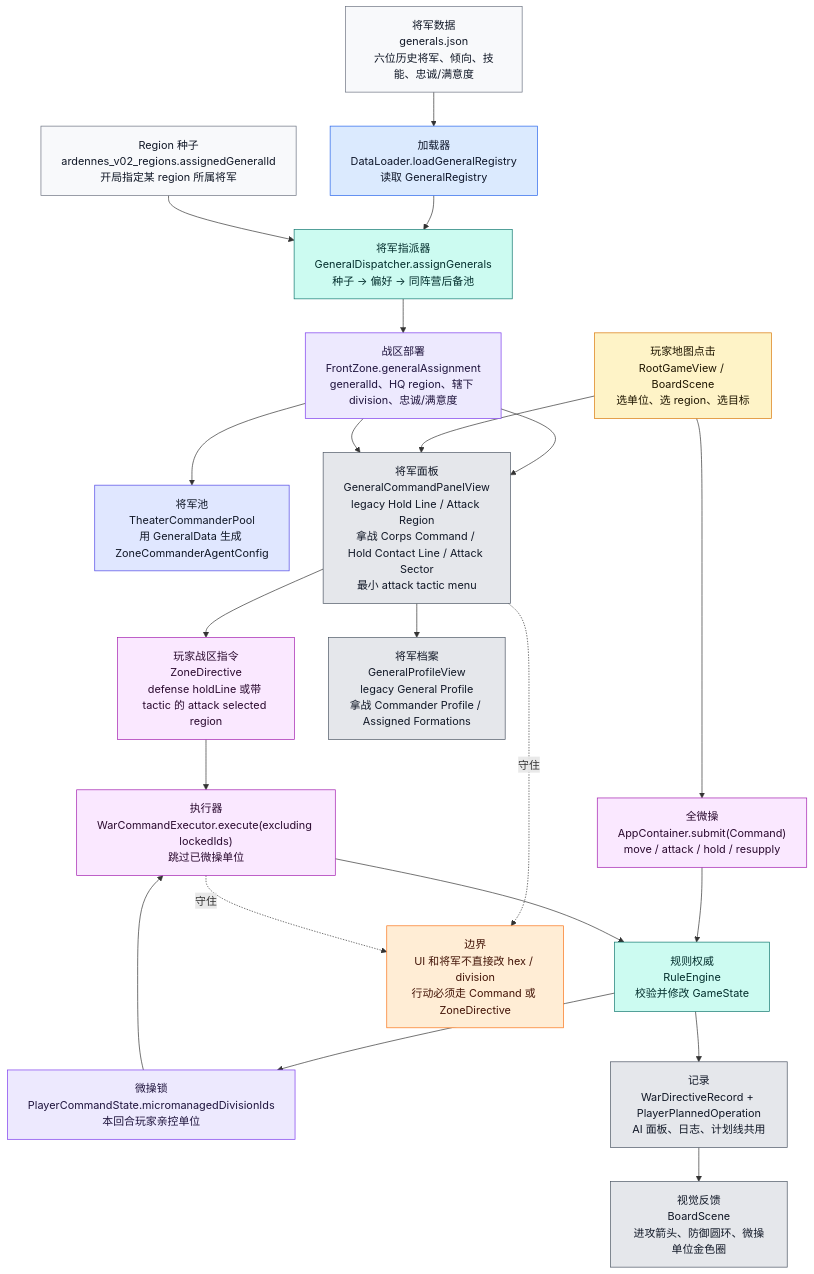
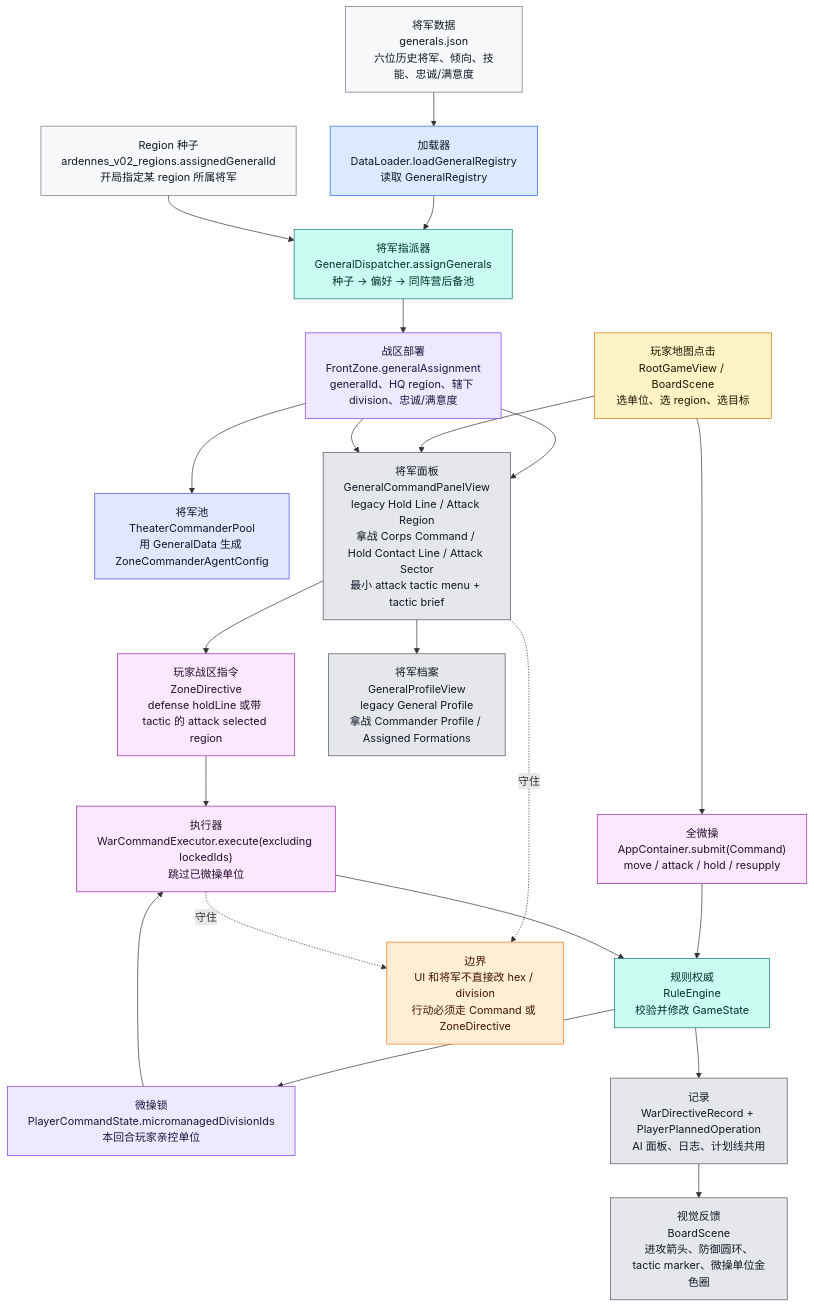
The ninth of 9 diagrams in md/flow/flowchart.md (Altman-sam114/122), drawn with Mermaid before and after one commit. The commit also changed 7 other files, not shown here.

````diff
--- a/md/flow/flowchart.md
+++ b/md/flow/flowchart.md
@@ -469,42 +469,42 @@
 ```mermaid
 flowchart TD
     GJSON["将军数据<br/>generals.json<br/>六位历史将军、倾向、技能、忠诚/满意度"]:::data
     RJSON["Region 种子<br/>ardennes_v02_regions.assignedGeneralId<br/>开局指定某 region 所属将军"]:::data
     DL["加载器<br/>DataLoader.loadGeneralRegistry<br/>读取 GeneralRegistry"]:::loader
     DISP["将军指派器<br/>GeneralDispatcher.assignGenerals<br/>种子 -> 偏好 -> 同阵营后备池"]:::rules
     FZ["战区部署<br/>FrontZone.generalAssignment<br/>generalId、HQ region、辖下 division、忠诚/满意度"]:::state
     POOL["将军池<br/>TheaterCommanderPool<br/>用 GeneralData 生成 ZoneCommanderAgentConfig"]:::ai
 
     TAP["玩家地图点击<br/>RootGameView / BoardScene<br/>选单位、选 region、选目标"]:::input
     MICRO["全微操<br/>AppContainer.submit(Command)<br/>move / attack / hold / resupply"]:::command
     LOCK["微操锁<br/>PlayerCommandState.micromanagedDivisionIds<br/>本回合玩家亲控单位"]:::state
-    GENUI["将军面板<br/>GeneralCommandPanelView<br/>legacy Hold Line / Attack Region<br/>拿战 Corps Command / Hold Contact Line / Attack Sector<br/>最小 attack tactic menu"]:::ui
+    GENUI["将军面板<br/>GeneralCommandPanelView<br/>legacy Hold Line / Attack Region<br/>拿战 Corps Command / Hold Contact Line / Attack Sector<br/>最小 attack tactic menu + tactic brief"]:::ui
     ZD["玩家战区指令<br/>ZoneDirective<br/>defense holdLine 或带 tactic 的 attack selected region"]:::command
     WCE["执行器<br/>WarCommandExecutor.execute(excluding lockedIds)<br/>跳过已微操单位"]:::command
     RE["规则权威<br/>RuleEngine<br/>校验并修改 GameState"]:::rules
     RECORD["记录<br/>WarDirectiveRecord + PlayerPlannedOperation<br/>AI 面板、日志、计划线共用"]:::ui
-    BOARD["视觉反馈<br/>BoardScene<br/>进攻箭头、防御圆环、微操单位金色圈"]:::ui
+    BOARD["视觉反馈<br/>BoardScene<br/>进攻箭头、防御圆环、tactic marker、微操单位金色圈"]:::ui
     PROFILE["将军档案<br/>GeneralProfileView<br/>legacy General Profile<br/>拿战 Commander Profile / Assigned Formations"]:::ui
 
     GJSON --> DL --> DISP
     RJSON --> DISP --> FZ --> POOL
     FZ --> GENUI --> PROFILE
     TAP --> MICRO --> RE --> LOCK
     LOCK --> WCE
     TAP --> GENUI --> ZD --> WCE --> RE --> RECORD --> BOARD
     FZ --> GENUI
 
     WARN["边界<br/>UI 和将军不直接改 hex / division<br/>行动必须走 Command 或 ZoneDirective"]:::warn
     GENUI -.守住.-> WARN
     WCE -.守住.-> WARN
 
     classDef data fill:#f8f9fb,stroke:#6b7280,color:#111827
     classDef loader fill:#dbeafe,stroke:#2563eb,color:#0f172a
     classDef state fill:#ede9fe,stroke:#7c3aed,color:#1f143d
     classDef ai fill:#e0e7ff,stroke:#4f46e5,color:#111827
     classDef input fill:#fef3c7,stroke:#d97706,color:#1f1600
     classDef command fill:#fae8ff,stroke:#a21caf,color:#2a0a2f
     classDef rules fill:#ccfbf1,stroke:#0f766e,color:#042f2e
     classDef ui fill:#e5e7eb,stroke:#4b5563,color:#111827
     classDef warn fill:#ffedd5,stroke:#f97316,color:#431407
 ```
````
